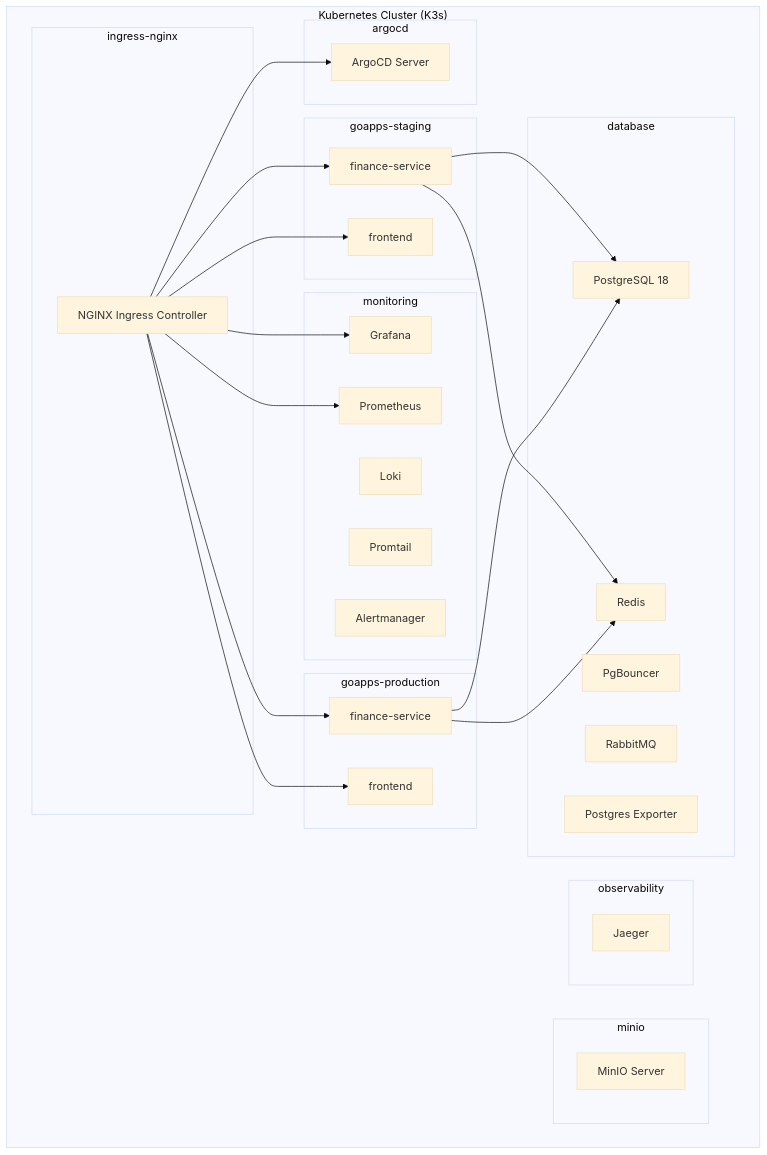
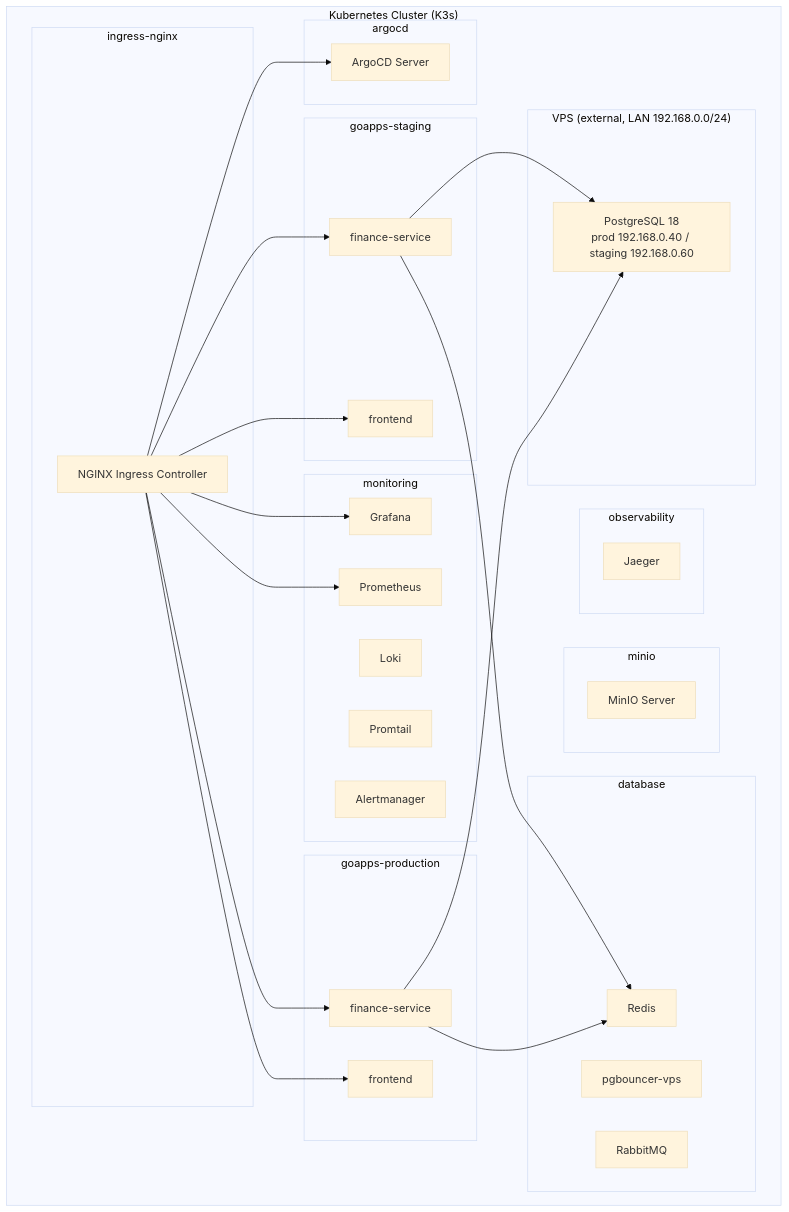
One commit to mutugading/goapps-infra changed the diagram in README.md. Above: the diagram before and after it, drawn with Mermaid (base theme). The commit also changed other lines of this file, not shown here.

Commit message:
docs(readme): update architecture, backup and DB sections for VPS Postgres

````diff
--- a/README.md
+++ b/README.md
@@ -116,60 +116,62 @@
 ```mermaid
 graph TB
     subgraph "Kubernetes Cluster (K3s)"
         
         subgraph "ingress-nginx"
             NGINX[NGINX Ingress Controller]
         end
         
         subgraph "goapps-staging"
             FS_STG[finance-service]
             FE_STG[frontend]
         end
         
         subgraph "goapps-production"
             FS_PRD[finance-service]
             FE_PRD[frontend]
         end
         
         subgraph "database"
-            PG[PostgreSQL 18]
-            PGB[PgBouncer]
+            PGB[pgbouncer-vps]
             REDIS[Redis]
             RMQ[RabbitMQ]
-            EXP[Postgres Exporter]
+        end
+
+        subgraph "VPS (external, LAN 192.168.0.0/24)"
+            PG[PostgreSQL 18<br/>prod 192.168.0.40 / staging 192.168.0.60]
         end
         
         subgraph "minio"
             MINIO[MinIO Server]
         end
         
         subgraph "monitoring"
             PROM[Prometheus]
             GRAF[Grafana]
             LOKI[Loki]
             PROMTAIL[Promtail]
             ALERT[Alertmanager]
         end
         
         subgraph "observability"
             JAEGER[Jaeger]
         end
         
         subgraph "argocd"
             ARGO[ArgoCD Server]
         end
     end
     
     NGINX --> FS_STG
     NGINX --> FE_STG
     NGINX --> FS_PRD
     NGINX --> FE_PRD
     NGINX --> GRAF
     NGINX --> PROM
     NGINX --> ARGO
     
     FS_STG --> PG
     FS_STG --> REDIS
     FS_PRD --> PG
     FS_PRD --> REDIS
 ```
````
